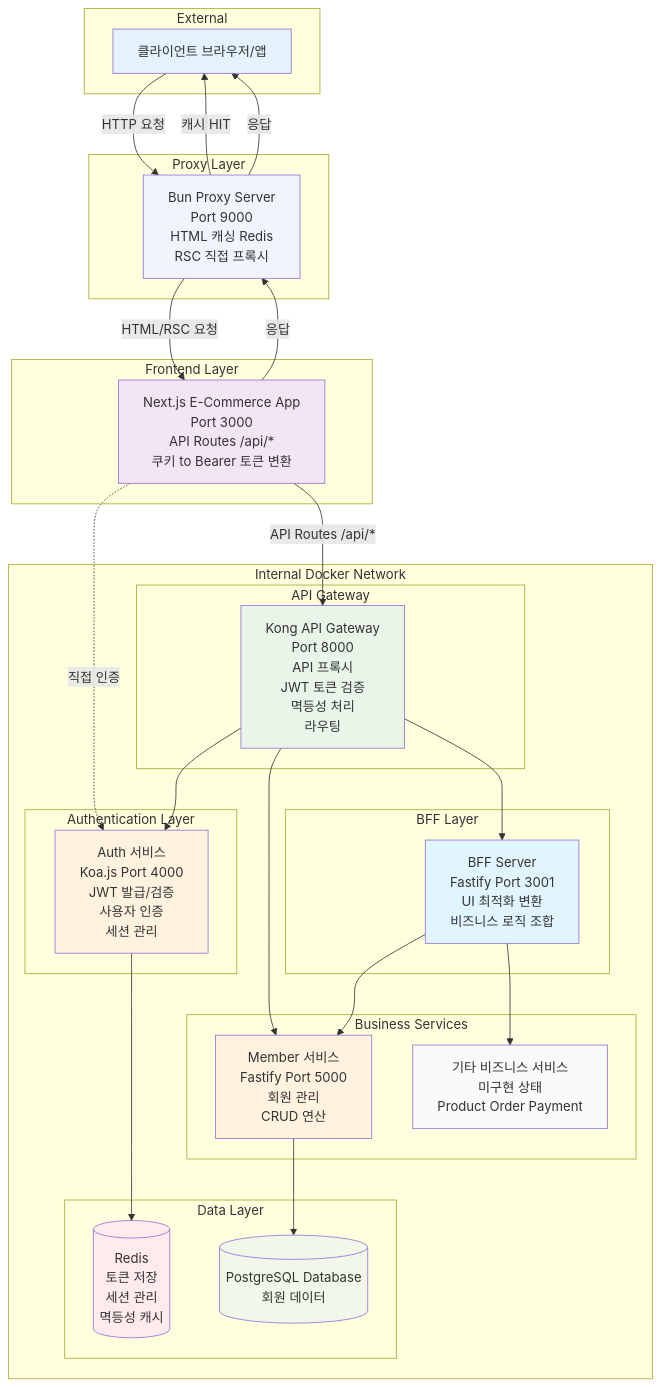
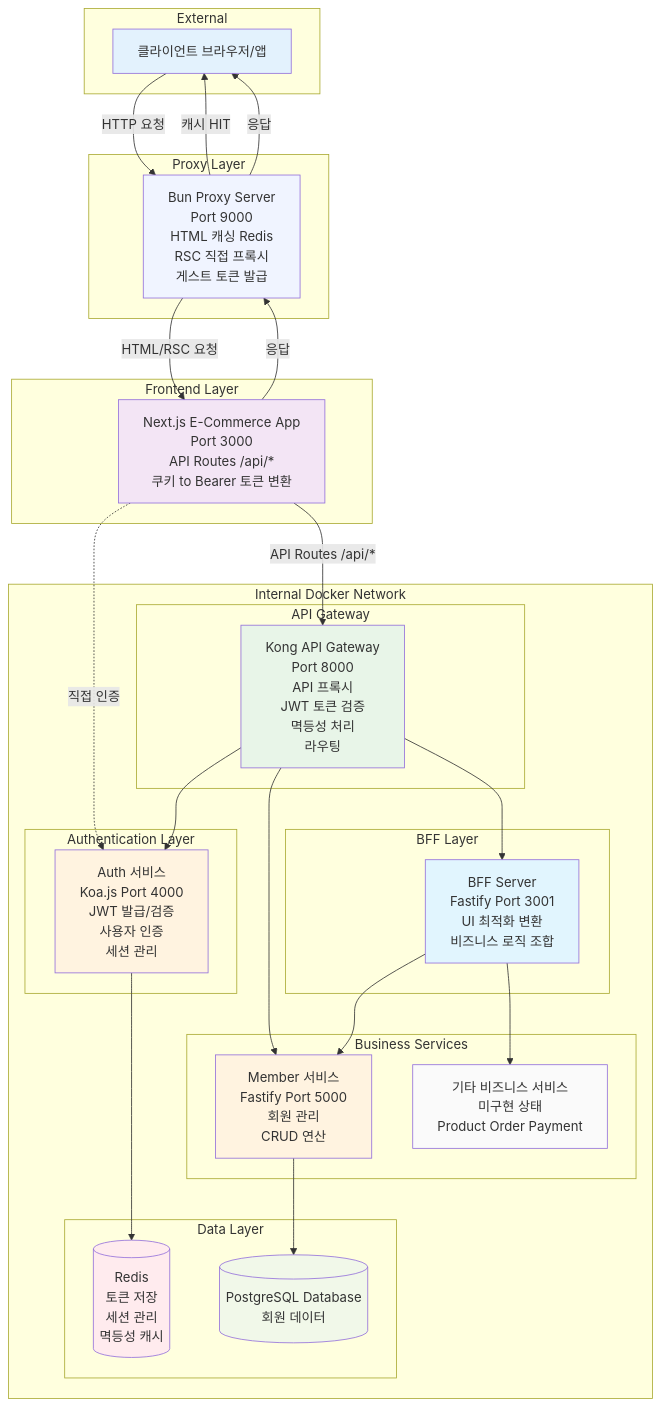
Before and after one commit to kwonbongsoo/rehabilitationTreatment: the first of 5 diagrams in README.md, drawn with Mermaid. The commit also changed other lines of this file and 1 other file, not shown here.

````diff
--- a/README.md
+++ b/README.md
@@ -105,74 +105,74 @@
 ```mermaid
 graph TB
     subgraph "External"
         Client[클라이언트 브라우저/앱]
     end
 
     subgraph "Proxy Layer"
-        Proxy["Bun Proxy Server<br/>Port 9000<br/>HTML 캐싱 Redis<br/>RSC 직접 프록시"]
+        Proxy["Bun Proxy Server<br/>Port 9000<br/>HTML 캐싱 Redis<br/>RSC 직접 프록시<br/>게스트 토큰 발급"]
     end
 
     subgraph "Frontend Layer"
         Frontend[Next.js E-Commerce App<br/>Port 3000<br/>API Routes /api/*<br/>쿠키 to Bearer 토큰 변환]
     end
 
     subgraph "Internal Docker Network"
         subgraph "API Gateway"
             Kong[Kong API Gateway<br/>Port 8000<br/>API 프록시<br/>JWT 토큰 검증<br/>멱등성 처리<br/>라우팅]
         end
 
         subgraph "Authentication Layer"
             Auth[Auth 서비스<br/>Koa.js Port 4000<br/>JWT 발급/검증<br/>사용자 인증<br/>세션 관리]
         end
 
         subgraph "BFF Layer"
             BFF[BFF Server<br/>Fastify Port 3001<br/>UI 최적화 변환<br/>비즈니스 로직 조합]
         end
 
         subgraph "Business Services"
             Member[Member 서비스<br/>Fastify Port 5000<br/>회원 관리<br/>CRUD 연산]
             Other[기타 비즈니스 서비스<br/>미구현 상태<br/>Product Order Payment]
         end
 
         subgraph "Data Layer"
             Redis[(Redis<br/>토큰 저장<br/>세션 관리<br/>멱등성 캐시)]
             PostgreSQL[(PostgreSQL Database<br/>회원 데이터)]
         end
     end
 
     %% External connections
     Client -->|HTTP 요청| Proxy
     Proxy -->|캐시 HIT| Client
     Proxy -->|HTML/RSC 요청| Frontend
     Frontend -->|응답| Proxy
     Proxy -->|응답| Client
 
     %% Frontend to internal services
     Frontend -->|API Routes /api/*| Kong
     Frontend -.->|직접 인증| Auth
 
     %% Kong routing
     Kong --> BFF
     Kong --> Auth
     Kong --> Member
 
     %% BFF connections - 데이터 집계만
     BFF --> Member
     BFF --> Other
 
     %% Service to data connections
     Auth --> Redis
     Member --> PostgreSQL
 
     %% Styling
     style Client fill:#e3f2fd
     style Proxy fill:#f0f4ff
     style Frontend fill:#f3e5f5
     style Kong fill:#e8f5e8
     style Auth fill:#fff3e0
     style BFF fill:#e1f5fe
     style Member fill:#fff3e0
     style Redis fill:#ffebee
     style PostgreSQL fill:#f1f8e9
     style Other fill:#fafafa
 ```
````
